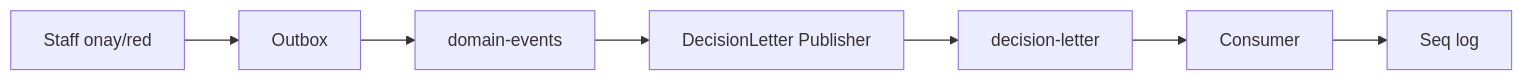
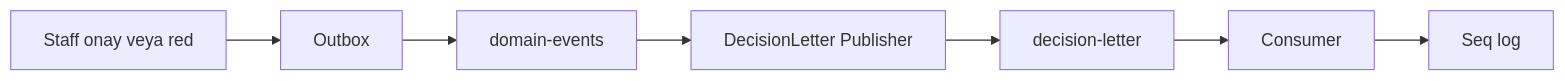
One commit to fdeniz07/BankApp changed the first of 2 diagrams in docs/learning/tr/22-decision-letter-email.md. Above: the diagram before and after it, drawn with Mermaid. The commit also changed other lines of this file and 105 other files, not shown here.

First line of the commit message:
doc: Enrich learning chapters with labs, pitfalls, and safe Mermaid

````diff
--- a/docs/learning/tr/22-decision-letter-email.md
+++ b/docs/learning/tr/22-decision-letter-email.md
@@ -12,9 +14,9 @@
 ```mermaid
 flowchart LR
-  ST[Staff onay/red] --> OB[Outbox]
-  OB --> DE[domain-events]
-  DE --> PUB[DecisionLetter Publisher]
-  PUB --> Q[decision-letter]
-  Q --> CON[Consumer]
-  CON --> SEQ[Seq log]
+  ST["Staff onay veya red"] --> OB["Outbox"]
+  OB --> DE["domain-events"]
+  DE --> PUB["DecisionLetter Publisher"]
+  PUB --> Q["decision-letter"]
+  Q --> CON["Consumer"]
+  CON --> SEQ["Seq log"]
 ```
````
